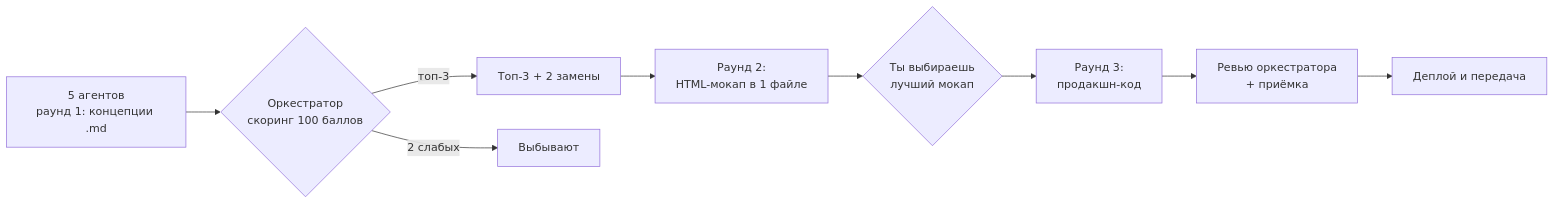
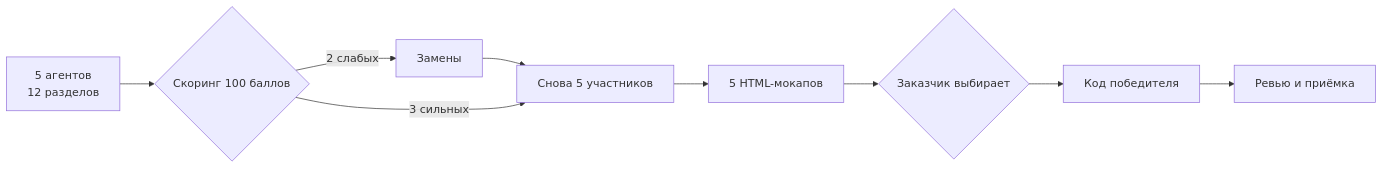
One commit to sledovatel61/avtotehservis changed the diagram in README.md. Above: the diagram before and after it, drawn with Mermaid. The commit also changed other lines of this file and 24 other files, not shown here.

````diff
--- a/README.md
+++ b/README.md
@@ -57,11 +30,11 @@
 ```mermaid
 flowchart LR
-    A[5 агентов<br/>раунд 1: концепции .md] --> B{Оркестратор<br/>скоринг 100 баллов}
-    B -->|топ-3| C[Топ-3 + 2 замены]
-    B -->|2 слабых| X[Выбывают]
-    C --> D[Раунд 2:<br/>HTML-мокап в 1 файле]
-    D --> E{Ты выбираешь<br/>лучший мокап}
-    E --> F[Раунд 3:<br/>продакшн-код]
-    F --> G[Ревью оркестратора<br/>+ приёмка]
-    G --> H[Деплой и передача]
+    A[5 агентов<br/>12 разделов] --> B{Скоринг 100 баллов}
+    B -->|2 слабых| C[Замены]
+    C --> D[Снова 5 участников]
+    B -->|3 сильных| D
+    D --> E[5 HTML-мокапов]
+    E --> F{Заказчик выбирает}
+    F --> G[Код победителя]
+    G --> H[Ревью и приёмка]
 ```
````
